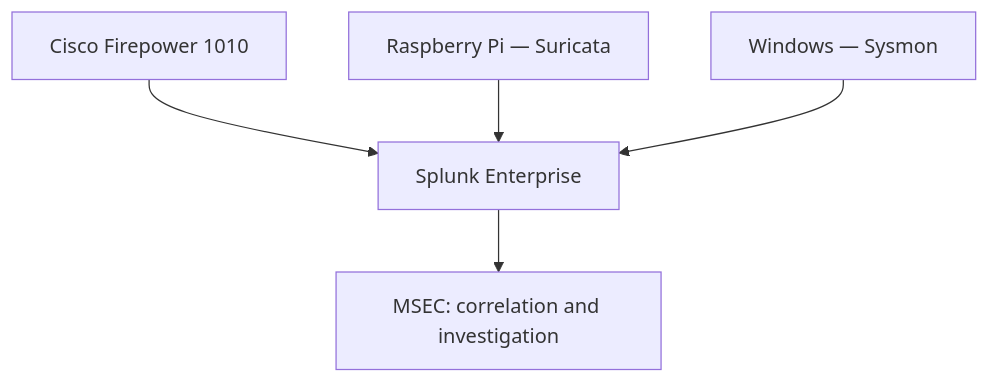
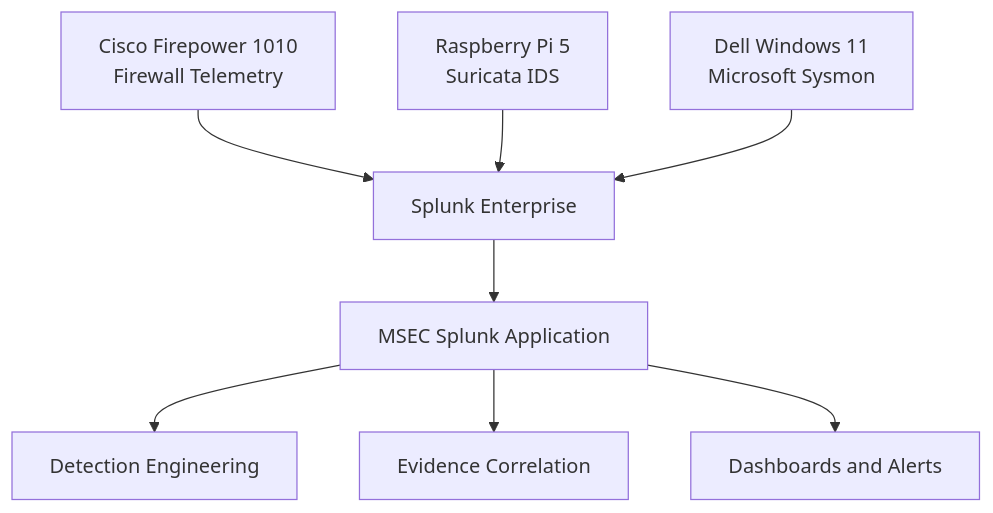
One commit to guty09/MSEC changed the diagram in README.md. Above: the diagram before and after it, drawn with Mermaid. The commit also changed other lines of this file and 2 other files, not shown here.

Commit message:
Document validated MSEC T1046 port scan detection

````diff
--- a/README.md
+++ b/README.md
@@ -21,7 +25,10 @@
 ```mermaid
 flowchart TD
-    F["Cisco Firepower 1010"] --> S["Splunk Enterprise"]
-    R["Raspberry Pi — Suricata"] --> S
-    W["Windows — Sysmon"] --> S
-    S --> M["MSEC: correlation and investigation"]
+    F["Cisco Firepower 1010<br>Firewall Telemetry"] --> S["Splunk Enterprise"]
+    R["Raspberry Pi 5<br>Suricata IDS"] --> S
+    W["Dell Windows 11<br>Microsoft Sysmon"] --> S
+    S --> M["MSEC Splunk Application"]
+    M --> D["Detection Engineering"]
+    M --> C["Evidence Correlation"]
+    M --> A["Dashboards and Alerts"]
 ```
````
